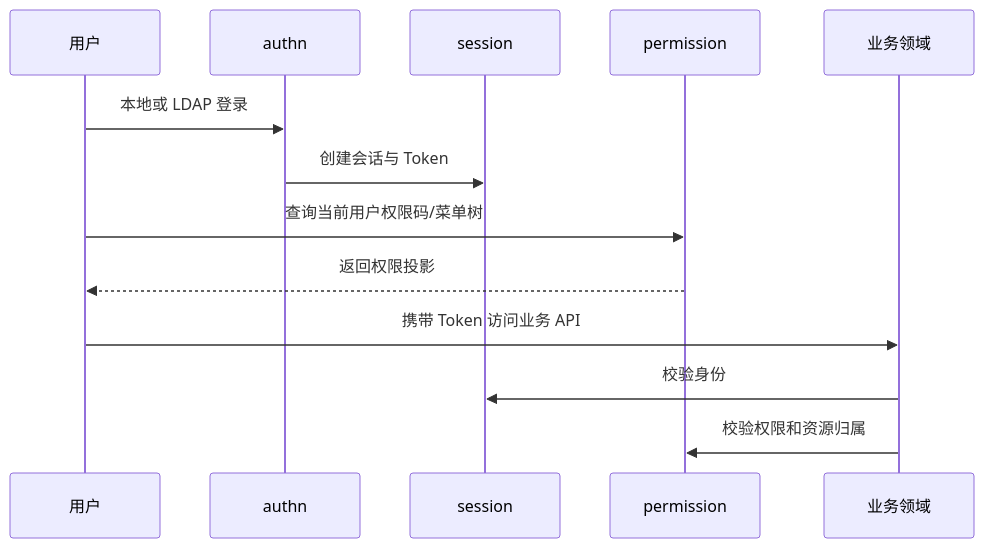
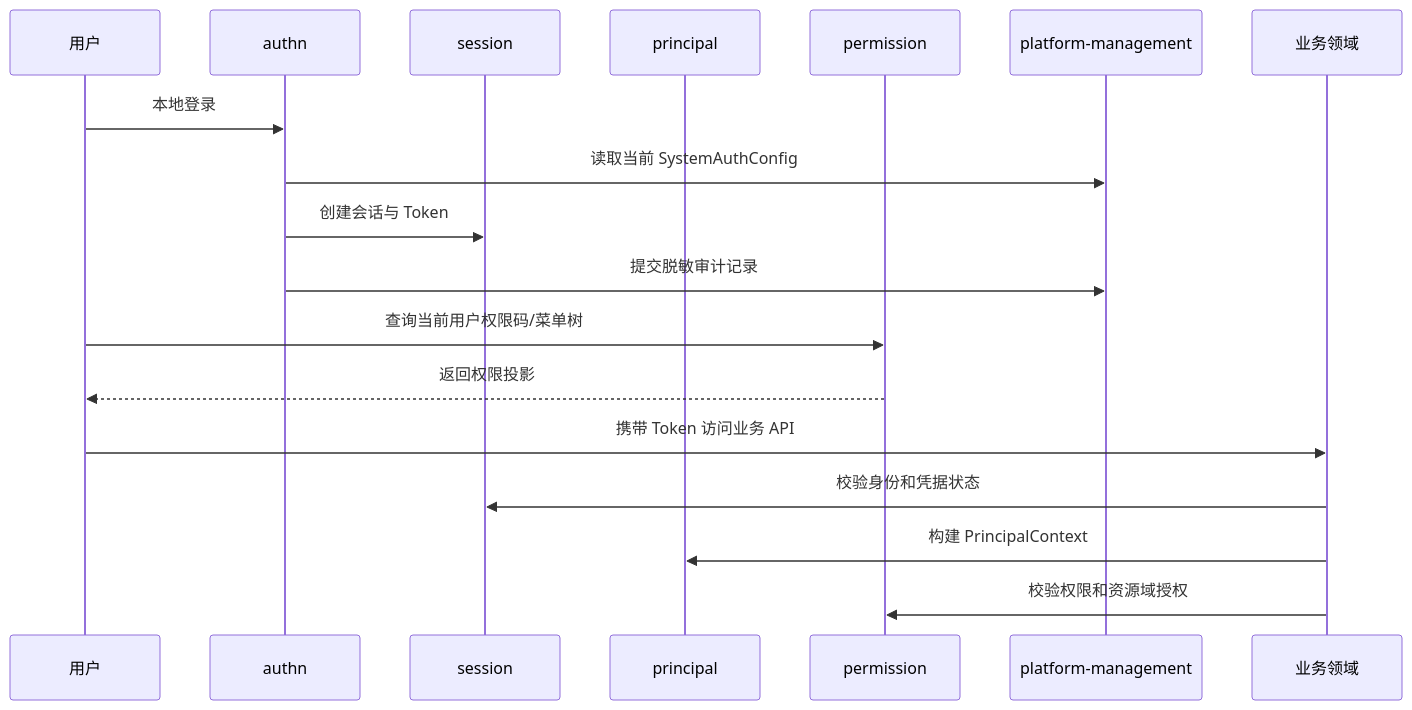
One commit to wangweihong/omnimam-spec changed the diagram in 02_architecture/domains/identity.md. Above: the diagram before and after it, drawn with Mermaid. The commit also changed other lines of this file and 24 other files, not shown here.

Commit message:
spec: commit identity and platform-management

````diff
--- a/02_architecture/domains/identity.md
+++ b/02_architecture/domains/identity.md
@@ -32,16 +34,21 @@
 ```mermaid
 sequenceDiagram
   participant User as 用户
   participant Auth as authn
   participant Session as session
+  participant Principal as principal
   participant Perm as permission
+  participant Platform as platform-management
   participant Domain as 业务领域
 
-  User->>Auth: 本地或 LDAP 登录
+  User->>Auth: 本地登录
+  Auth->>Platform: 读取当前 SystemAuthConfig
   Auth->>Session: 创建会话与 Token
+  Auth->>Platform: 提交脱敏审计记录
   User->>Perm: 查询当前用户权限码/菜单树
   Perm-->>User: 返回权限投影
   User->>Domain: 携带 Token 访问业务 API
-  Domain->>Session: 校验身份
-  Domain->>Perm: 校验权限和资源归属
+  Domain->>Session: 校验身份和凭据状态
+  Domain->>Principal: 构建 PrincipalContext
+  Domain->>Perm: 校验权限和资源域授权
 ```
````
